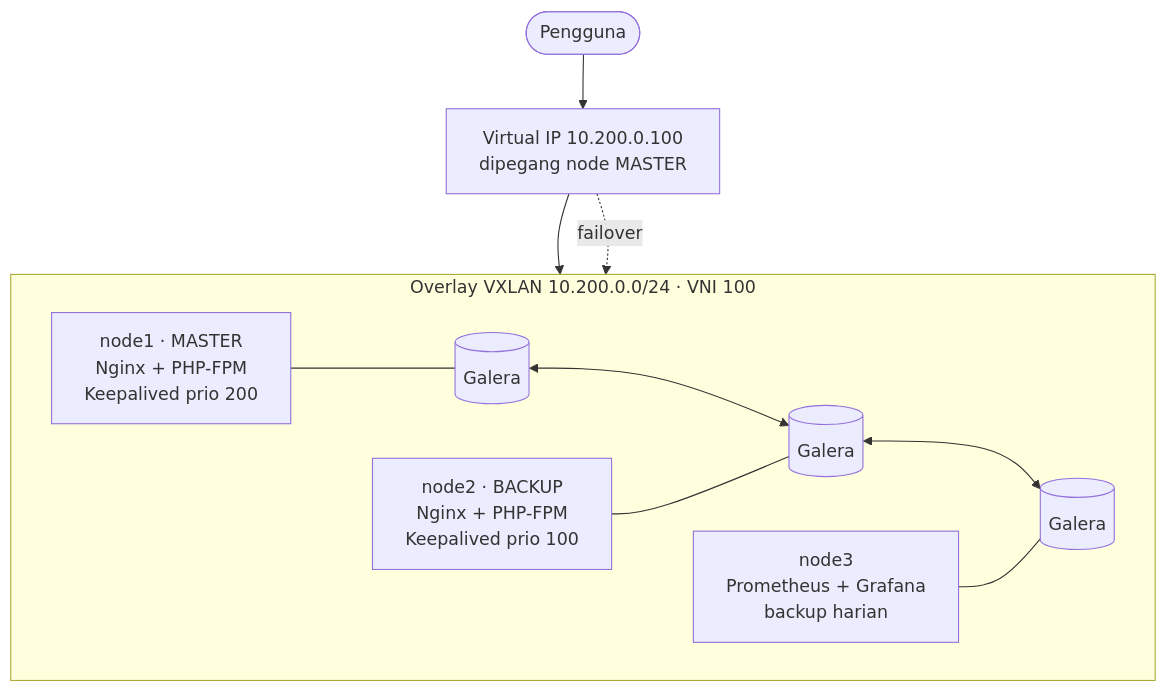
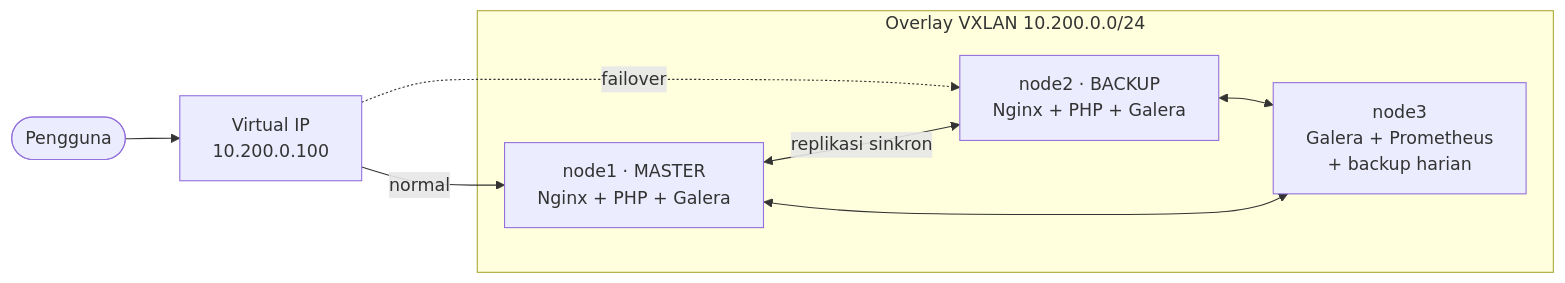
The diagram in README.md (khanigaraa/ha-keepalived-galera), drawn with Mermaid before and after one commit.

Commit message:
docs: ringkas diagram arsitektur

````diff
--- a/README.md
+++ b/README.md
@@ -24,16 +24,14 @@
 ```mermaid
-flowchart TB
-  U([Pengguna]) --> VIP["Virtual IP 10.200.0.100<br/>dipegang node MASTER"]
-  subgraph OV ["Overlay VXLAN 10.200.0.0/24 · VNI 100"]
-    direction LR
-    N1["node1 · MASTER<br/>Nginx + PHP-FPM<br/>Keepalived prio 200"]
-    N2["node2 · BACKUP<br/>Nginx + PHP-FPM<br/>Keepalived prio 100"]
-    N3["node3<br/>Prometheus + Grafana<br/>backup harian"]
-    DB1[(Galera)] <--> DB2[(Galera)] <--> DB3[(Galera)]
-    N1 --- DB1
-    N2 --- DB2
-    N3 --- DB3
+flowchart LR
+  U([Pengguna]) --> VIP["Virtual IP<br/>10.200.0.100"]
+  VIP -->|normal| N1
+  VIP -.->|failover| N2
+  subgraph OV ["Overlay VXLAN 10.200.0.0/24"]
+    N1["node1 · MASTER<br/>Nginx + PHP + Galera"]
+    N2["node2 · BACKUP<br/>Nginx + PHP + Galera"]
+    N3["node3<br/>Galera + Prometheus<br/>+ backup harian"]
   end
-  VIP --> N1
-  VIP -. failover .-> N2
+  N1 <-->|replikasi sinkron| N2
+  N2 <--> N3
+  N1 <--> N3
 ```
````
